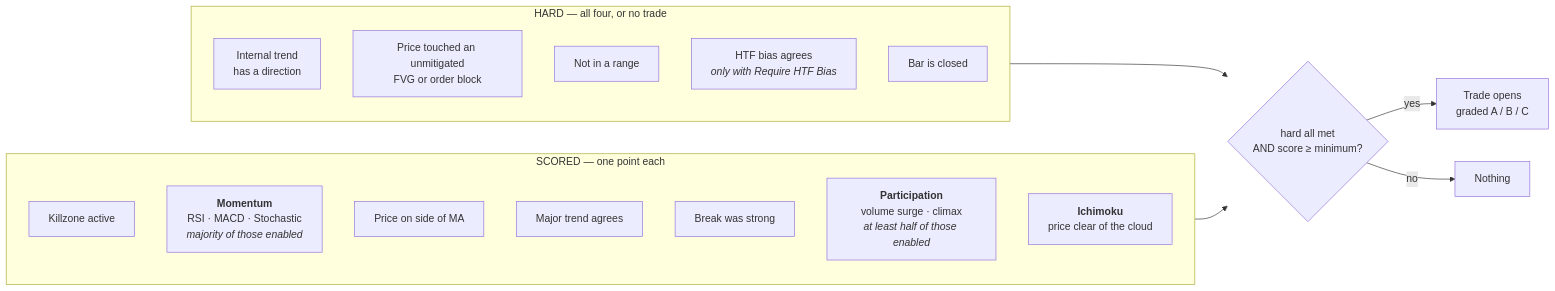
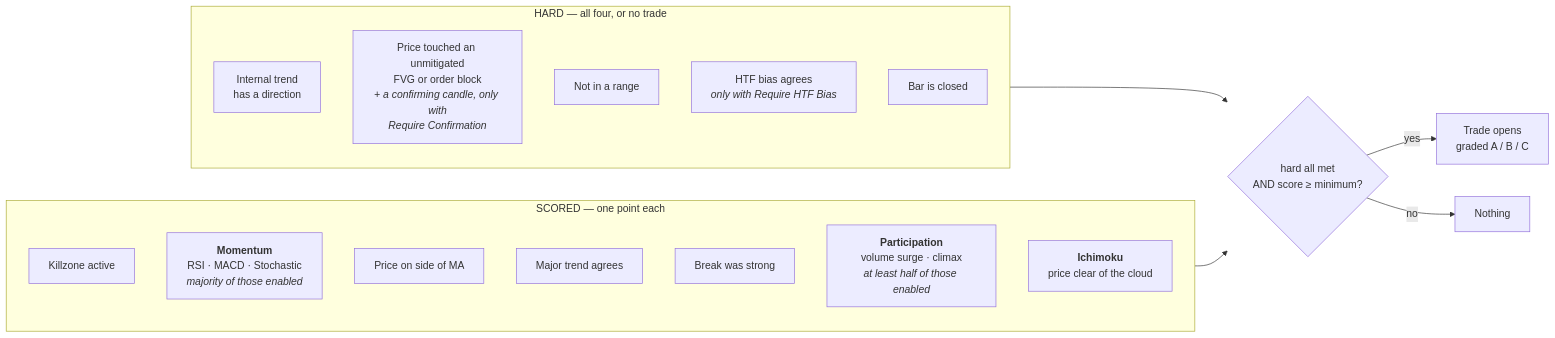
The third of 3 diagrams in README.md (IbrahimKeshta/TradingViewIndicator), drawn with Mermaid before and after one commit. The commit also changed other lines of this file and 1 other file, not shown here.

First line of the commit message:
feat: add Require Confirmation trade filter, off by default

````diff
--- a/README.md
+++ b/README.md
@@ -140,23 +140,23 @@
 ```mermaid
 flowchart LR
     subgraph H["HARD — all four, or no trade"]
         H1["Internal trend<br/>has a direction"]
-        H2["Price touched an unmitigated<br/>FVG or order block"]
+        H2["Price touched an unmitigated<br/>FVG or order block<br/><i>+ a confirming candle, only with<br/>Require Confirmation</i>"]
         H3["Not in a range"]
         H5["HTF bias agrees<br/><i>only with Require HTF Bias</i>"]
         H4["Bar is closed"]
     end
     subgraph S["SCORED — one point each"]
         S1["Killzone active"]
         S2["<b>Momentum</b><br/>RSI · MACD · Stochastic<br/><i>majority of those enabled</i>"]
         S3["Price on side of MA"]
         S4["Major trend agrees"]
         S5["Break was strong"]
         S6["<b>Participation</b><br/>volume surge · climax<br/><i>at least half of those enabled</i>"]
         S7["<b>Ichimoku</b><br/>price clear of the cloud"]
     end
     H --> G{"hard all met<br/>AND score &ge; minimum?"}
     S --> G
     G -->|yes| T["Trade opens<br/>graded A / B / C"]
     G -->|no| N["Nothing"]
 ```
````
